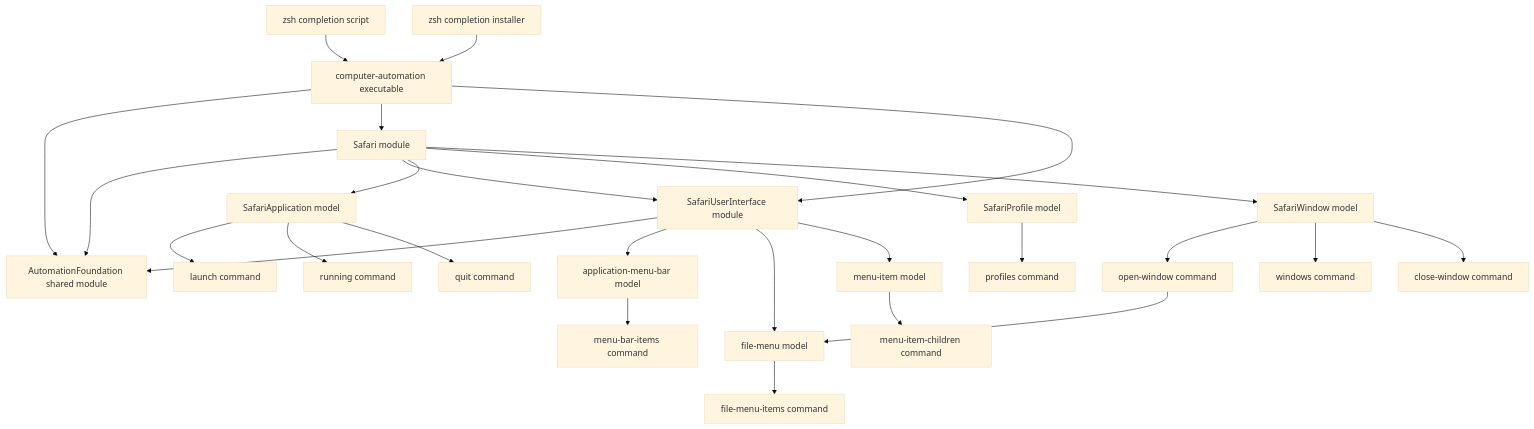
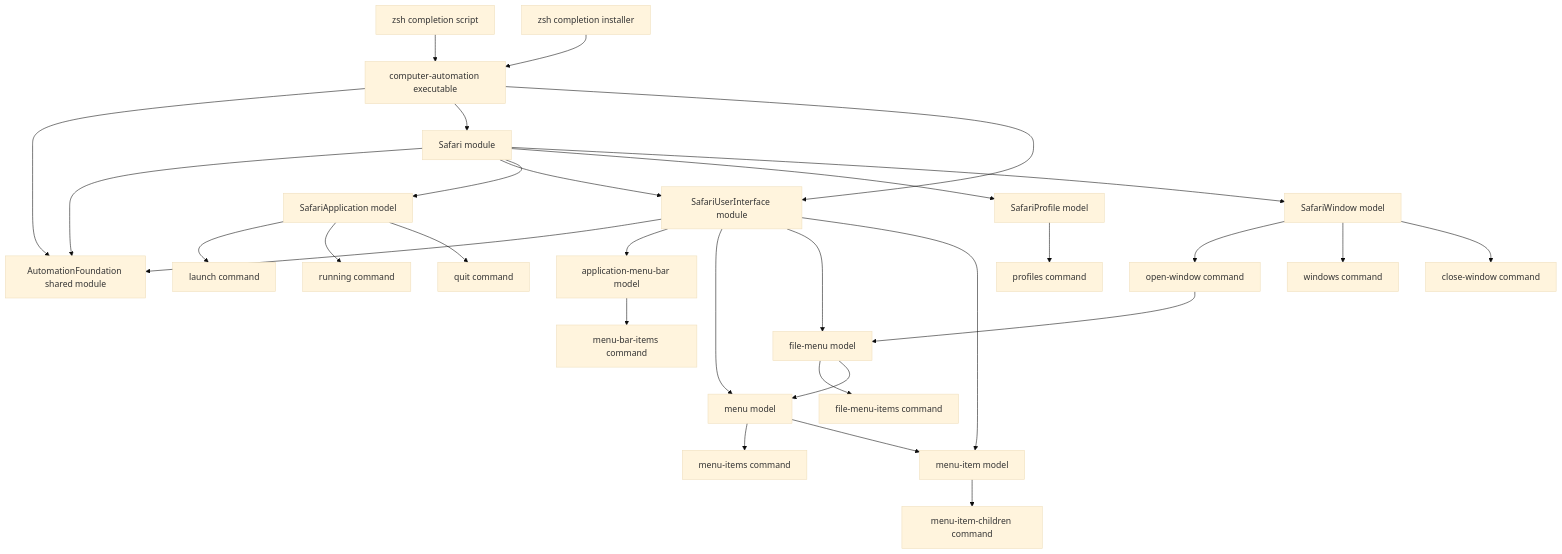
Before and after one commit to Glutexo/computer-automation: the diagram in docs/architecture.md, drawn with Mermaid (base theme). The commit also changed other lines of this file and 11 other files, not shown here.

Commit message:
refactor: add general safari menu model

````diff
--- a/docs/architecture.md
+++ b/docs/architecture.md
@@ -5,51 +5,57 @@
 ```mermaid
 flowchart TD
     App["computer-automation executable"]
     Foundation["AutomationFoundation shared module"]
     Zsh["zsh completion script"]
     ZshInstaller["zsh completion installer"]
     Safari["Safari module"]
     SafariUI["SafariUserInterface module"]
     SafariApplication["SafariApplication model"]
     SafariProfile["SafariProfile model"]
     SafariWindow["SafariWindow model"]
     SafariMenuBar["application-menu-bar model"]
+    SafariMenu["menu model"]
     SafariFileMenu["file-menu model"]
     SafariMenuItem["menu-item model"]
     MenuBarItems["menu-bar-items command"]
+    MenuItems["menu-items command"]
     FileMenuItems["file-menu-items command"]
     MenuItemChildren["menu-item-children command"]
     Launch["launch command"]
     Running["running command"]
     Quit["quit command"]
     Profiles["profiles command"]
     WindowOpen["open-window command"]
     Windows["windows command"]
     WindowClose["close-window command"]
 
     App --> Foundation
     Zsh --> App
     ZshInstaller --> App
     App --> Safari
     App --> SafariUI
     Safari --> Foundation
     Safari --> SafariUI
     SafariUI --> Foundation
     Safari --> SafariApplication
     Safari --> SafariProfile
     Safari --> SafariWindow
     SafariUI --> SafariMenuBar
+    SafariUI --> SafariMenu
     SafariUI --> SafariFileMenu
     SafariUI --> SafariMenuItem
     SafariMenuBar --> MenuBarItems
+    SafariMenu --> MenuItems
     SafariFileMenu --> FileMenuItems
     SafariMenuItem --> MenuItemChildren
+    SafariMenu --> SafariMenuItem
+    SafariFileMenu --> SafariMenu
     SafariApplication --> Launch
     SafariApplication --> Running
     SafariApplication --> Quit
     SafariProfile --> Profiles
     SafariWindow --> WindowOpen
     SafariWindow --> Windows
     SafariWindow --> WindowClose
     WindowOpen --> SafariFileMenu
 ```
````
